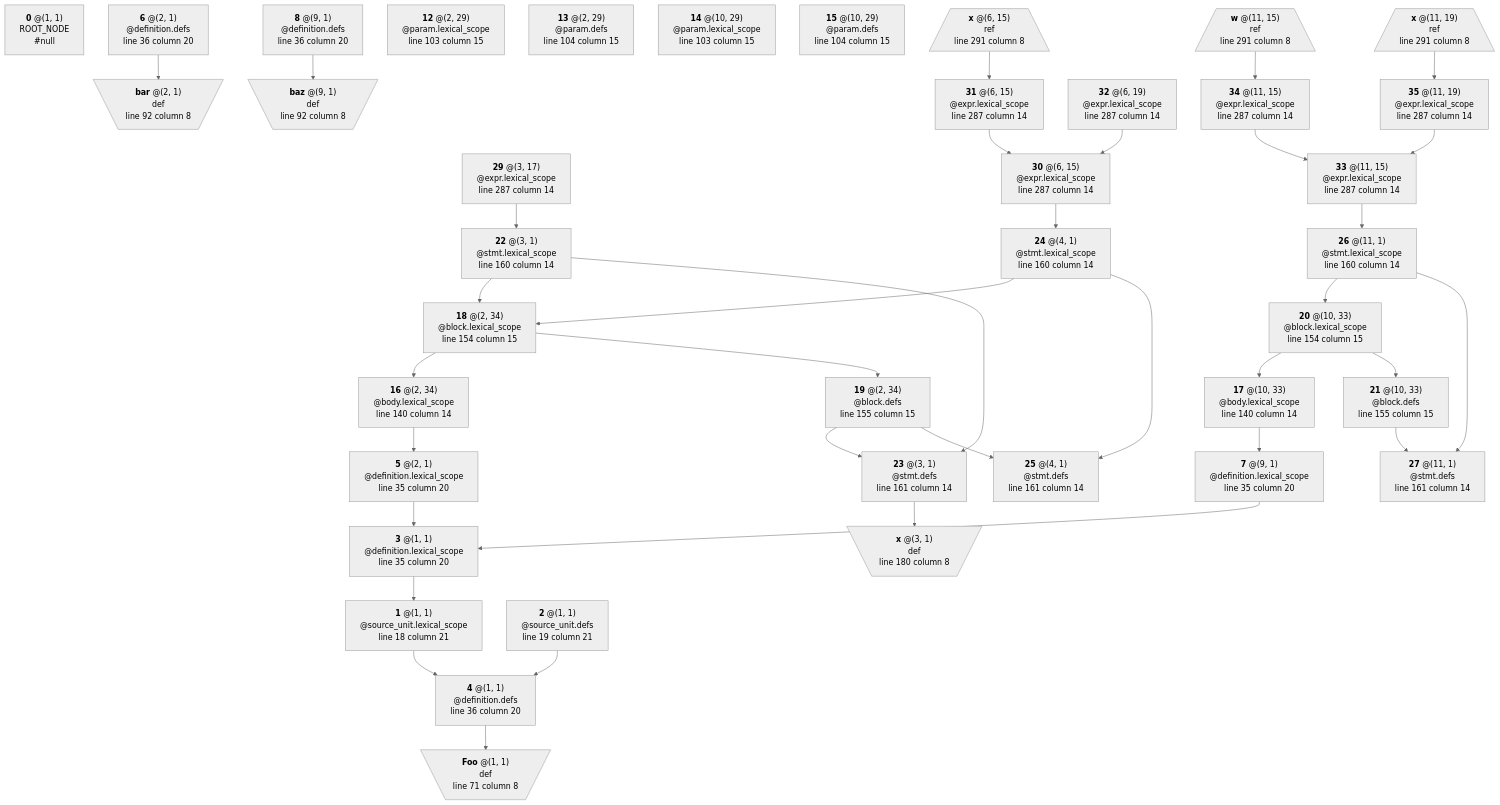
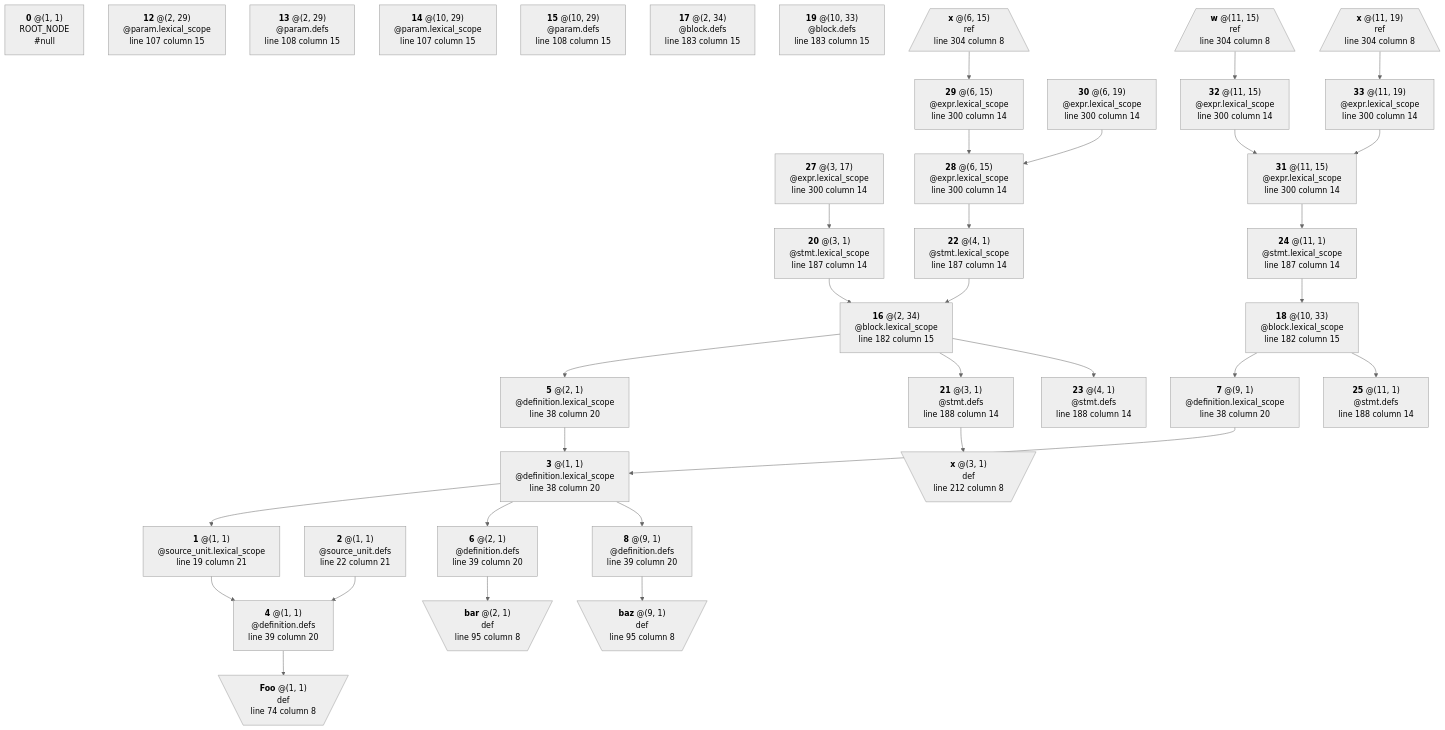
Before and after one commit to manastech/slang: the diagram in crates/solidity/testing/snapshots/bindings/lexical/generated/local_vars.sol.mmd, drawn with Mermaid (neutral theme). The commit also changed 6 other files, not shown here.

```diff
--- a/crates/solidity/testing/snapshots/bindings/lexical/generated/local_vars.sol.mmd
+++ b/crates/solidity/testing/snapshots/bindings/lexical/generated/local_vars.sol.mmd
@@ -1,152 +1,141 @@
 graph TD
 	N0["`**0** @(1, 1)
 ROOT_NODE
 #null`"]
 	N1["`**1** @(1, 1)
 @source_unit.lexical_scope
-line 18 column 21`"]
+line 19 column 21`"]
 	N1 --> N4
 	N2["`**2** @(1, 1)
 @source_unit.defs
-line 19 column 21`"]
+line 22 column 21`"]
 	N2 --> N4
 	N3["`**3** @(1, 1)
 @definition.lexical_scope
-line 35 column 20`"]
+line 38 column 20`"]
 	N3 --> N1
+	N3 --> N6
+	N3 --> N8
 	N4["`**4** @(1, 1)
 @definition.defs
-line 36 column 20`"]
+line 39 column 20`"]
 	N4 --> N9
 	N5["`**5** @(2, 1)
 @definition.lexical_scope
-line 35 column 20`"]
+line 38 column 20`"]
 	N5 --> N3
 	N6["`**6** @(2, 1)
 @definition.defs
-line 36 column 20`"]
+line 39 column 20`"]
 	N6 --> N10
 	N7["`**7** @(9, 1)
 @definition.lexical_scope
-line 35 column 20`"]
+line 38 column 20`"]
 	N7 --> N3
 	N8["`**8** @(9, 1)
 @definition.defs
-line 36 column 20`"]
+line 39 column 20`"]
 	N8 --> N11
 	N9[\"`**Foo** @(1, 1)
 def
-line 71 column 8`"/]
+line 74 column 8`"/]
 	N10[\"`**bar** @(2, 1)
 def
-line 92 column 8`"/]
+line 95 column 8`"/]
 	N11[\"`**baz** @(9, 1)
 def
-line 92 column 8`"/]
+line 95 column 8`"/]
 	N12["`**12** @(2, 29)
 @param.lexical_scope
-line 103 column 15`"]
+line 107 column 15`"]
 	N13["`**13** @(2, 29)
 @param.defs
-line 104 column 15`"]
+line 108 column 15`"]
 	N14["`**14** @(10, 29)
 @param.lexical_scope
-line 103 column 15`"]
+line 107 column 15`"]
 	N15["`**15** @(10, 29)
 @param.defs
-line 104 column 15`"]
+line 108 column 15`"]
 	N16["`**16** @(2, 34)
-@body.lexical_scope
-line 140 column 14`"]
+@block.lexical_scope
+line 182 column 15`"]
 	N16 --> N5
-	N17["`**17** @(10, 33)
-@body.lexical_scope
-line 140 column 14`"]
-	N17 --> N7
-	N18["`**18** @(2, 34)
+	N16 --> N21
+	N16 --> N23
+	N17["`**17** @(2, 34)
+@block.defs
+line 183 column 15`"]
+	N18["`**18** @(10, 33)
 @block.lexical_scope
-line 154 column 15`"]
-	N18 --> N16
-	N18 --> N19
-	N19["`**19** @(2, 34)
+line 182 column 15`"]
+	N18 --> N7
+	N18 --> N25
+	N19["`**19** @(10, 33)
 @block.defs
-line 155 column 15`"]
-	N19 --> N23
-	N19 --> N25
-	N20["`**20** @(10, 33)
-@block.lexical_scope
-line 154 column 15`"]
-	N20 --> N17
-	N20 --> N21
-	N21["`**21** @(10, 33)
-@block.defs
-line 155 column 15`"]
-	N21 --> N27
-	N22["`**22** @(3, 1)
+line 183 column 15`"]
+	N20["`**20** @(3, 1)
 @stmt.lexical_scope
-line 160 column 14`"]
-	N22 --> N18
-	N22 --> N23
-	N23["`**23** @(3, 1)
+line 187 column 14`"]
+	N20 --> N16
+	N21["`**21** @(3, 1)
 @stmt.defs
-line 161 column 14`"]
-	N23 --> N28
-	N24["`**24** @(4, 1)
+line 188 column 14`"]
+	N21 --> N26
+	N22["`**22** @(4, 1)
 @stmt.lexical_scope
-line 160 column 14`"]
+line 187 column 14`"]
+	N22 --> N16
+	N23["`**23** @(4, 1)
+@stmt.defs
+line 188 column 14`"]
+	N24["`**24** @(11, 1)
+@stmt.lexical_scope
+line 187 column 14`"]
 	N24 --> N18
-	N24 --> N25
-	N25["`**25** @(4, 1)
+	N25["`**25** @(11, 1)
 @stmt.defs
-line 161 column 14`"]
-	N26["`**26** @(11, 1)
-@stmt.lexical_scope
-line 160 column 14`"]
-	N26 --> N20
-	N26 --> N27
-	N27["`**27** @(11, 1)
-@stmt.defs
-line 161 column 14`"]
-	N28[\"`**x** @(3, 1)
+line 188 column 14`"]
+	N26[\"`**x** @(3, 1)
 def
-line 180 column 8`"/]
-	N29["`**29** @(3, 17)
+line 212 column 8`"/]
+	N27["`**27** @(3, 17)
 @expr.lexical_scope
-line 287 column 14`"]
-	N29 --> N22
-	N30["`**30** @(6, 15)
+line 300 column 14`"]
+	N27 --> N20
+	N28["`**28** @(6, 15)
 @expr.lexical_scope
-line 287 column 14`"]
-	N30 --> N24
-	N31["`**31** @(6, 15)
+line 300 column 14`"]
+	N28 --> N22
+	N29["`**29** @(6, 15)
 @expr.lexical_scope
-line 287 column 14`"]
-	N31 --> N30
-	N32["`**32** @(6, 19)
+line 300 column 14`"]
+	N29 --> N28
+	N30["`**30** @(6, 19)
 @expr.lexical_scope
-line 287 column 14`"]
-	N32 --> N30
-	N33["`**33** @(11, 15)
+line 300 column 14`"]
+	N30 --> N28
+	N31["`**31** @(11, 15)
 @expr.lexical_scope
-line 287 column 14`"]
-	N33 --> N26
-	N34["`**34** @(11, 15)
+line 300 column 14`"]
+	N31 --> N24
+	N32["`**32** @(11, 15)
 @expr.lexical_scope
-line 287 column 14`"]
-	N34 --> N33
-	N35["`**35** @(11, 19)
+line 300 column 14`"]
+	N32 --> N31
+	N33["`**33** @(11, 19)
 @expr.lexical_scope
-line 287 column 14`"]
-	N35 --> N33
-	N36[/"`**x** @(6, 15)
+line 300 column 14`"]
+	N33 --> N31
+	N34[/"`**x** @(6, 15)
 ref
-line 291 column 8`"\]
-	N36 --> N31
-	N37[/"`**w** @(11, 15)
+line 304 column 8`"\]
+	N34 --> N29
+	N35[/"`**w** @(11, 15)
 ref
-line 291 column 8`"\]
-	N37 --> N34
-	N38[/"`**x** @(11, 19)
+line 304 column 8`"\]
+	N35 --> N32
+	N36[/"`**x** @(11, 19)
 ref
-line 291 column 8`"\]
-	N38 --> N35
+line 304 column 8`"\]
+	N36 --> N33
```
